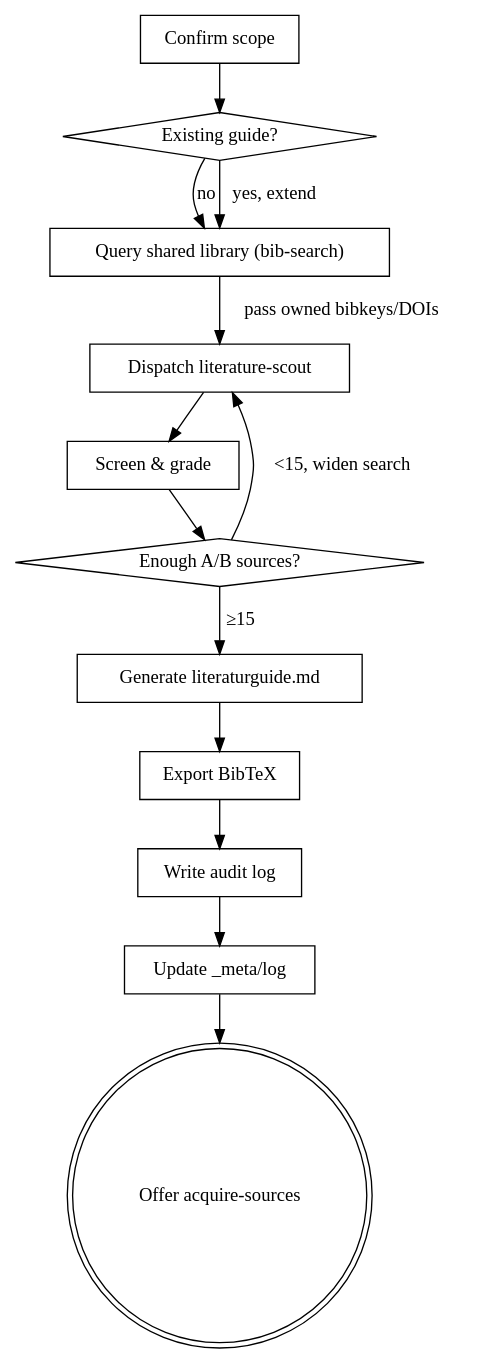
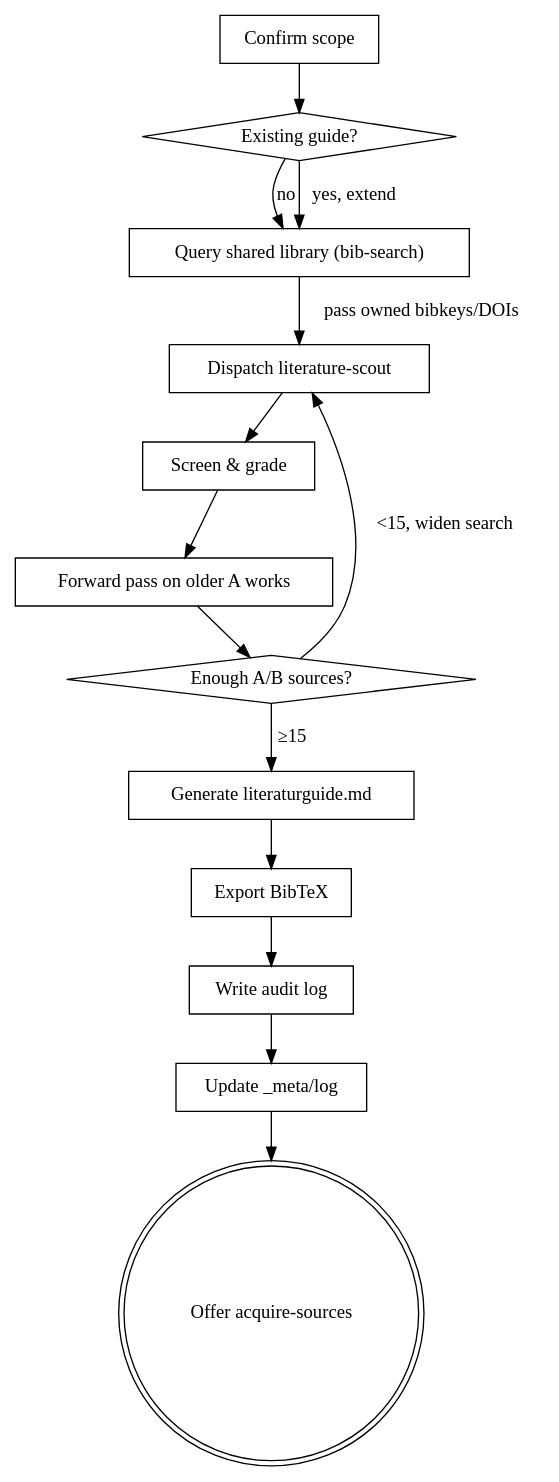
Before and after one commit to leiverkus/research-superpowers: the diagram in skills/literature-review/SKILL.md, drawn with Graphviz. The commit also changed other lines of this file and 10 other files, not shown here.

````diff
--- a/skills/literature-review/SKILL.md
+++ b/skills/literature-review/SKILL.md
@@ -86,28 +88,30 @@
 ```dot
 digraph literature_review {
     "Confirm scope" [shape=box];
     "Existing guide?" [shape=diamond];
     "Query shared library (bib-search)" [shape=box];
     "Dispatch literature-scout" [shape=box];
     "Screen & grade" [shape=box];
+    "Forward pass on older A works" [shape=box];
     "Enough A/B sources?" [shape=diamond];
     "Generate literaturguide.md" [shape=box];
     "Export BibTeX" [shape=box];
     "Write audit log" [shape=box];
     "Update _meta/log" [shape=box];
     "Offer acquire-sources" [shape=doublecircle];
 
     "Confirm scope" -> "Existing guide?";
     "Existing guide?" -> "Query shared library (bib-search)" [label="no"];
     "Existing guide?" -> "Query shared library (bib-search)" [label="yes, extend"];
     "Query shared library (bib-search)" -> "Dispatch literature-scout" [label="pass owned bibkeys/DOIs"];
     "Dispatch literature-scout" -> "Screen & grade";
-    "Screen & grade" -> "Enough A/B sources?";
+    "Screen & grade" -> "Forward pass on older A works";
+    "Forward pass on older A works" -> "Enough A/B sources?";
     "Enough A/B sources?" -> "Dispatch literature-scout" [label="<15, widen search"];
     "Enough A/B sources?" -> "Generate literaturguide.md" [label="≥15"];
     "Generate literaturguide.md" -> "Export BibTeX";
     "Export BibTeX" -> "Write audit log";
     "Write audit log" -> "Update _meta/log";
     "Update _meta/log" -> "Offer acquire-sources";
 }
 ```
````
